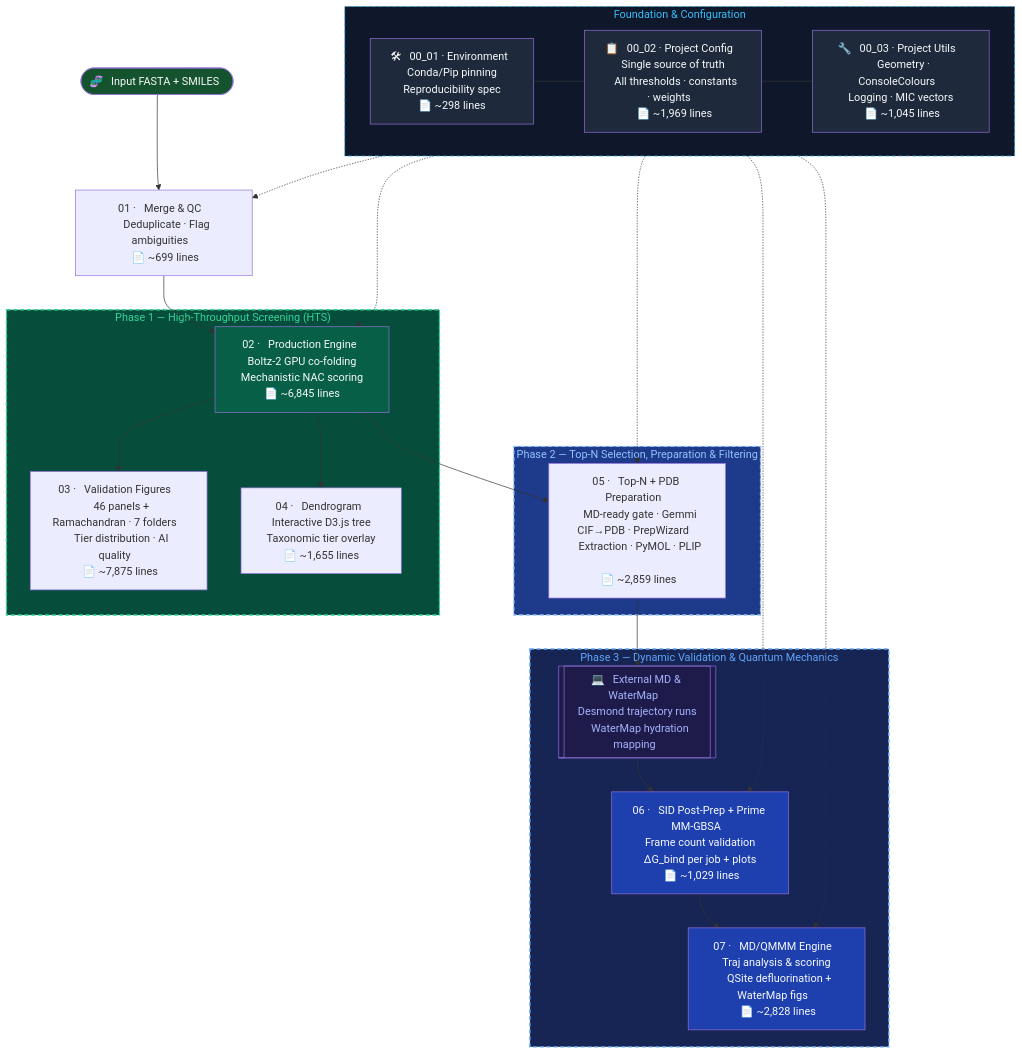
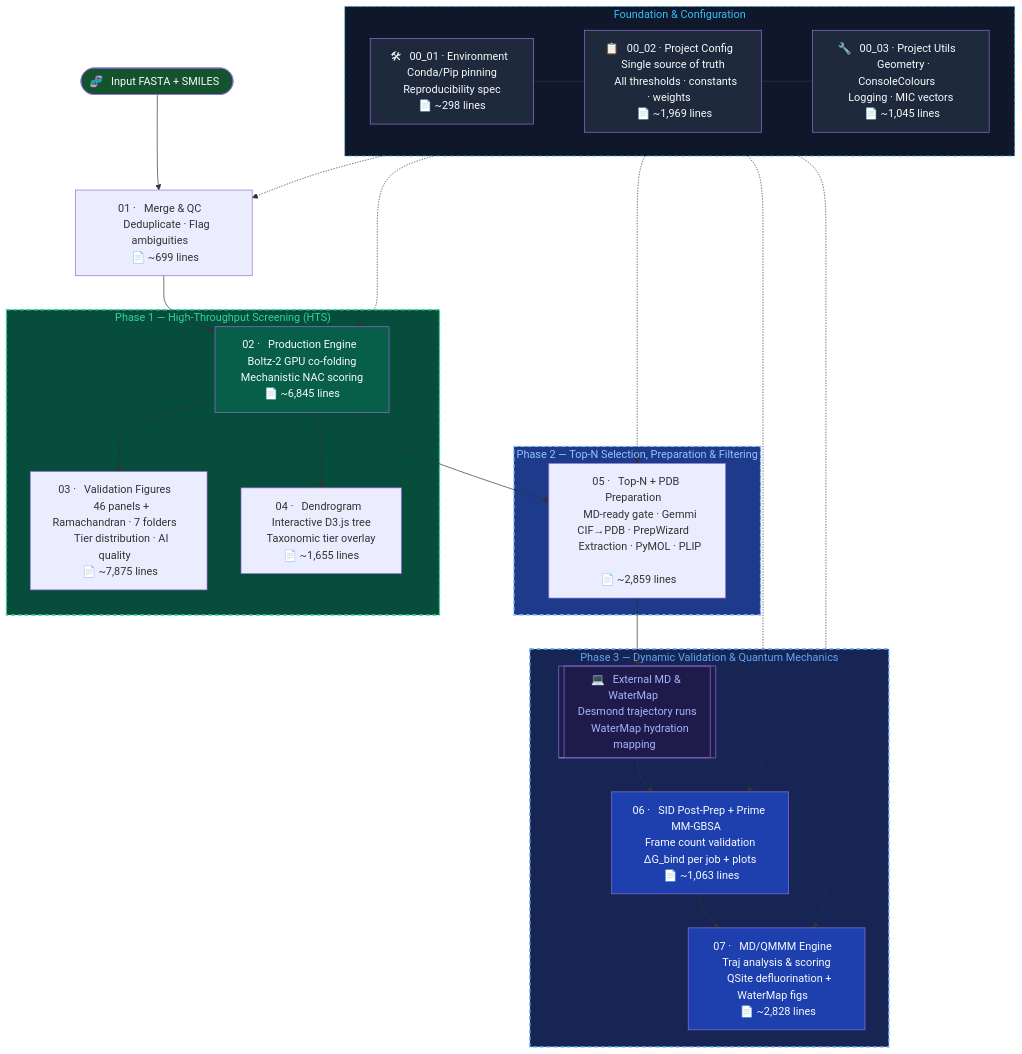
One commit to KU-MGB/DeFluorX changed the diagram in README.md. Above: the diagram before and after it, drawn with Mermaid. The commit also changed 2 other files, not shown here.

Commit message:
fix(00_00,06): WARN pipeline status so a failed/deferred MM-GBSA no longer prints a false PASS
06 previously returned 0 even when Prime MM-GBSA crashed (rc=1) or was deferred,
so 00_00 rendered the step as PASS — which masked the /tmp disk failures across
recent runs. MM-GBSA is complementary to the QSite barrier, so it must not hard-
abort the pipeline (Step 07 still needs to run); the right signal is WARN, not
PASS or FAIL.

- 06: EXIT_WARN=3. run_mmgbsa_phase returns 'ok' | 'deferred' (scratch not on the
  working disk) | 'warn' (>=1 Prime job failed); main() returns EXIT_WARN for
  deferred/warn with a truthful closing message (SID still completed).
- 00_00 run_step: capture the exit code (guarded against set -e); 0=PASS,
  WARN_EXIT_CODE=3=WARN (record + continue), any other non-zero=FAIL (halt as
  before). Timing table renders WARN and prints a one-line status legend when a
  run is not all-PASS.
- 00_00: relabel the two duplicate '00' rows -> '00a Environment check' /
  '00b Environment export' (leading-digit parser still reads 00, so --resume-from
  is unaffected).
- README 06 line count resynced.

````diff
--- a/README.md
+++ b/README.md
@@ -189,56 +189,56 @@
 ```mermaid
 flowchart TD
     subgraph FOUNDATION["  Foundation & Configuration  "]
         ENV["🛠 &nbsp; 00_01 · Environment &nbsp; \n &nbsp; Conda/Pip pinning &nbsp; \n &nbsp; Reproducibility spec &nbsp; \n &nbsp; 📄 ~298 lines &nbsp; "]
         CFG["📋 &nbsp; 00_02 · Project Config &nbsp; \n &nbsp; Single source of truth &nbsp; \n &nbsp; All thresholds · constants · weights &nbsp; \n &nbsp; 📄 ~1,969 lines &nbsp; "]
         UTL["🔧 &nbsp; 00_03 · Project Utils &nbsp; \n &nbsp; Geometry · ConsoleColours &nbsp; \n &nbsp; Logging · MIC vectors &nbsp; \n &nbsp; 📄 ~1,045 lines &nbsp; "]
         ENV --- CFG --- UTL
     end
 
     START([🧬 &nbsp; Input FASTA + SMILES &nbsp;]) --> M1
     M1["01 · &nbsp; Merge & QC &nbsp; \n &nbsp; Deduplicate · Flag ambiguities &nbsp; \n &nbsp; 📄 ~699 lines &nbsp; "] --> M2
 
     subgraph PHASE1["  Phase 1 — High-Throughput Screening (HTS)  "]
         M2["02 · &nbsp; Production Engine &nbsp; \n &nbsp; Boltz-2 GPU co-folding &nbsp; \n &nbsp; Mechanistic NAC scoring &nbsp; \n &nbsp; 📄 ~6,845 lines &nbsp; "]
         M3["03 · &nbsp; Validation Figures &nbsp; \n &nbsp; 46 panels + Ramachandran · 7 folders &nbsp; \n &nbsp; Tier distribution · AI quality &nbsp; \n &nbsp; 📄 ~7,875 lines &nbsp; "]
         M4["04 · &nbsp; Dendrogram &nbsp; \n &nbsp; Interactive D3.js tree &nbsp; \n &nbsp; Taxonomic tier overlay &nbsp; \n &nbsp; 📄 ~1,655 lines &nbsp; "]
         M2 --> M3
         M2 --> M4
     end
 
     M2 --> M5
 
     subgraph PHASE2["  Phase 2 — Top-N Selection, Preparation & Filtering  "]
         M5["05 · &nbsp; Top-N + PDB Preparation &nbsp; \n &nbsp; MD-ready gate · Gemmi CIF→PDB · PrepWizard &nbsp; \n &nbsp; Extraction · PyMOL · PLIP &nbsp; \n &nbsp; 📄 ~2,859 lines &nbsp; "]
     end
 
     M5 --> EXT_MD
 
     subgraph PHASE3["  Phase 3 — Dynamic Validation & Quantum Mechanics  "]
         EXT_MD[["💻 &nbsp; External MD & WaterMap &nbsp; \n &nbsp; Desmond trajectory runs &nbsp; \n &nbsp; WaterMap hydration mapping &nbsp;"]]
-        M6["06 · &nbsp; SID Post-Prep + Prime MM-GBSA &nbsp; \n &nbsp; Frame count validation &nbsp; \n &nbsp; ΔG_bind per job + plots &nbsp; \n &nbsp; 📄 ~1,029 lines &nbsp; "]
+        M6["06 · &nbsp; SID Post-Prep + Prime MM-GBSA &nbsp; \n &nbsp; Frame count validation &nbsp; \n &nbsp; ΔG_bind per job + plots &nbsp; \n &nbsp; 📄 ~1,063 lines &nbsp; "]
         M7["07 · &nbsp; MD/QMMM Engine &nbsp; \n &nbsp; Traj analysis & scoring &nbsp; \n &nbsp; QSite defluorination + WaterMap figs &nbsp; \n &nbsp; 📄 ~2,828 lines &nbsp; "]
         EXT_MD --> M6 --> M7
     end
 
     %% Dependencies
     FOUNDATION -.-> M1
     FOUNDATION -.-> M2
     FOUNDATION -.-> M5
     FOUNDATION -.-> M6
     FOUNDATION -.-> M7
 
     style FOUNDATION fill:#0f172a,color:#38bdf8,stroke:#38bdf8
     style CFG fill:#1e293b,color:#f8fafc
     style UTL fill:#1e293b,color:#f8fafc
     style ENV fill:#1e293b,color:#f8fafc
     style PHASE1 fill:#064e3b,color:#34d399,stroke:#34d399,stroke-width:2px,stroke-dasharray: 6 4
     style PHASE2 fill:#1e3a8a,color:#93c5fd,stroke:#93c5fd,stroke-width:2px,stroke-dasharray: 6 4
     style PHASE3 fill:#172554,color:#60a5fa,stroke:#60a5fa,stroke-width:2px,stroke-dasharray: 6 4
     style FOUNDATION stroke-dasharray: 6 4
     style M2 fill:#065f46,color:#f8fafc
     style M6 fill:#1e40af,color:#f8fafc
     style M7 fill:#1e40af,color:#f8fafc
     style START fill:#14532d,color:#f8fafc
     style EXT_MD fill:#1e1b4b,color:#a5b4fc
 ```
````
